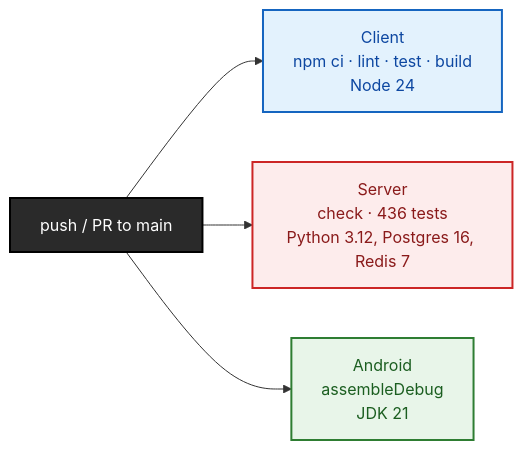
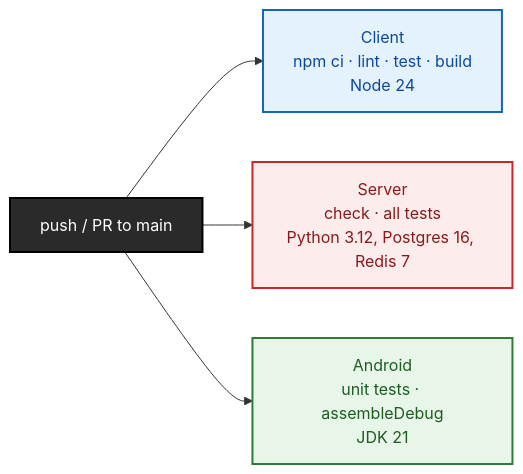
Before and after one commit to aarushchaudhary/nmpralekh: the tenth of 10 diagrams in README.md, drawn with Mermaid. The commit also changed other lines of this file and 17 other files, not shown here.

Commit message:
Require own password to reset passwords; add Android unit tests (HTTP client refresh, errors, JSON) to CI

````diff
--- a/README.md
+++ b/README.md
@@ -1049,15 +1051,15 @@
 ```mermaid
 flowchart LR
     push["push / PR to main"] --> c["Client<br/>npm ci · lint · test · build<br/>Node 24"]
-    push --> s["Server<br/>check · 436 tests<br/>Python 3.12, Postgres 16, Redis 7"]
-    push --> a["Android<br/>assembleDebug<br/>JDK 21"]
+    push --> s["Server<br/>check · all tests<br/>Python 3.12, Postgres 16, Redis 7"]
+    push --> a["Android<br/>unit tests · assembleDebug<br/>JDK 21"]
 
     classDef p fill:#2A2A2A,stroke:#000,color:#fff,stroke-width:2px
     classDef cc fill:#E3F2FD,stroke:#1565C0,color:#0D47A1,stroke-width:2px
     classDef ss fill:#FDECEC,stroke:#CC2626,color:#8A1A1A,stroke-width:2px
     classDef aa fill:#E8F5E9,stroke:#2E7D32,color:#1B5E20,stroke-width:2px
     class push p
     class c cc
     class s ss
     class a aa
 ```
````
